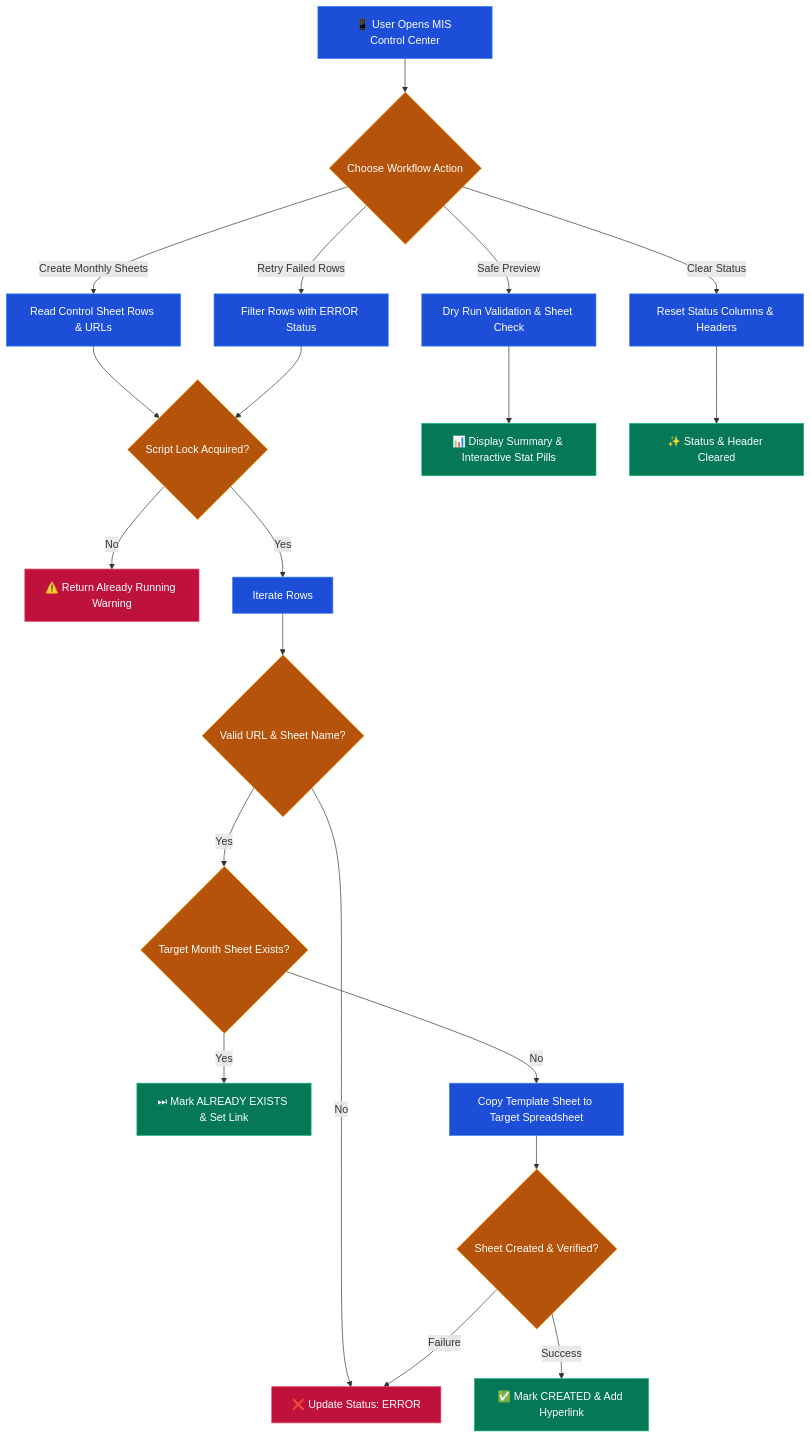
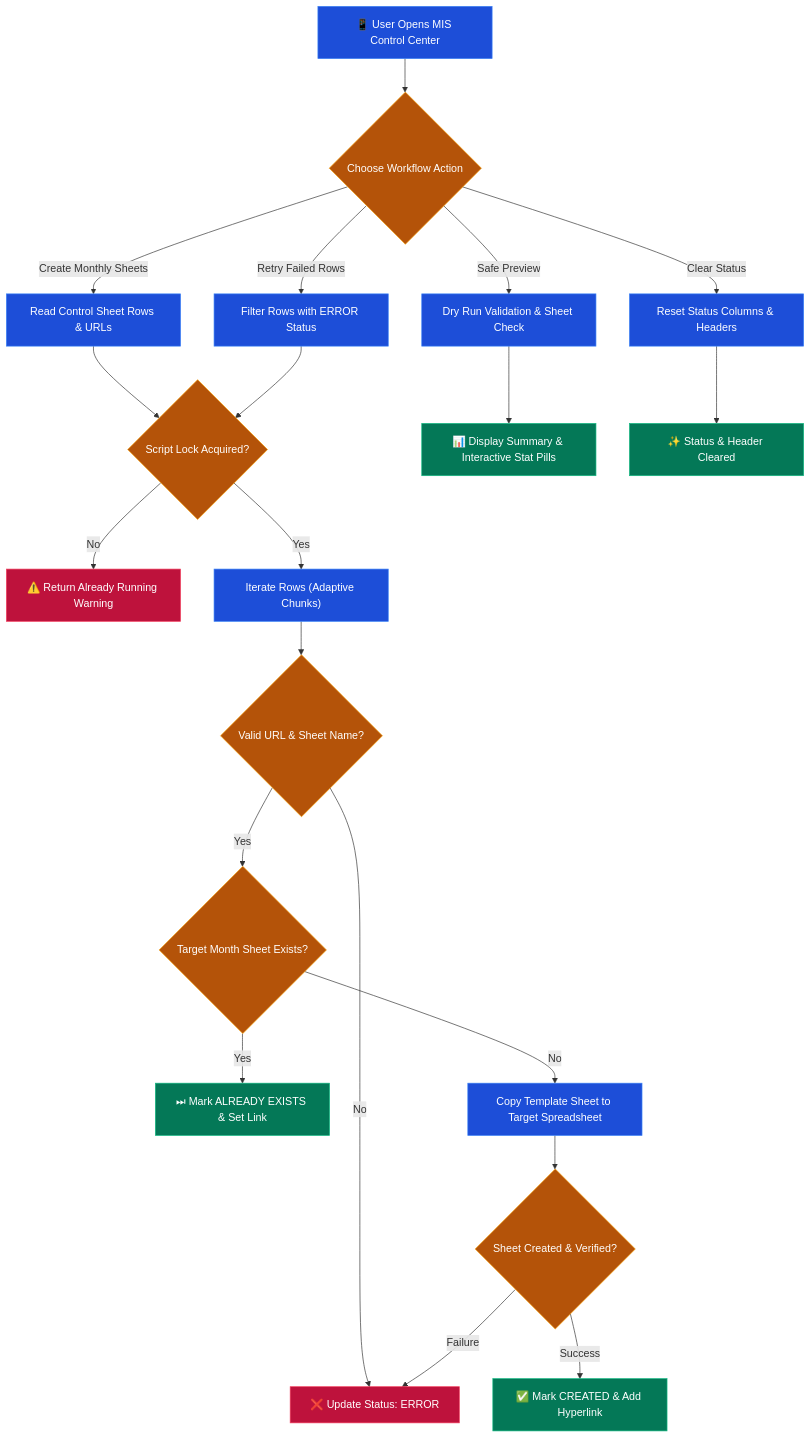
The diagram in README.md (kaileyventures/monthly-sheet-manager), drawn with Mermaid before and after one commit. The commit also changed other lines of this file and 9 other files, not shown here.

Commit message:
feat: integrate graphify visualization output and project documentation support

````diff
--- a/README.md
+++ b/README.md
@@ -19,63 +19,63 @@
 ```mermaid
 flowchart TD
     Start["📱 User Opens MIS Control Center"]
     Trigger{"Choose Workflow Action"}
 
     FetchData["Read Control Sheet Rows & URLs"]
     DryRun["Dry Run Validation & Sheet Check"]
     FilterError["Filter Rows with ERROR Status"]
     ClearLogs["Reset Status Columns & Headers"]
 
     LockCheck{"Script Lock Acquired?"}
     BusyWarn["⚠️ Return Already Running Warning"]
-    LoopRows["Iterate Rows"]
+    LoopRows["Iterate Rows (Adaptive Chunks)"]
 
     ValCheck{"Valid URL & Sheet Name?"}
     MarkErr["❌ Update Status: ERROR"]
     TargetCheck{"Target Month Sheet Exists?"}
 
     ExistLink["⏭ Mark ALREADY EXISTS & Set Link"]
     CopySheet["Copy Template Sheet to Target Spreadsheet"]
 
     VerifySheet{"Sheet Created & Verified?"}
     MarkCreated["✅ Mark CREATED & Add Hyperlink"]
     DisplayPreview["📊 Display Summary & Interactive Stat Pills"]
     StatusReset["✨ Status & Header Cleared"]
 
     Start --> Trigger
     Trigger -->|"Create Monthly Sheets"| FetchData
     Trigger -->|"Safe Preview"| DryRun
     Trigger -->|"Retry Failed Rows"| FilterError
     Trigger -->|"Clear Status"| ClearLogs
 
     FetchData --> LockCheck
     FilterError --> LockCheck
 
     LockCheck -->|"No"| BusyWarn
     LockCheck -->|"Yes"| LoopRows
 
     LoopRows --> ValCheck
     ValCheck -->|"No"| MarkErr
     ValCheck -->|"Yes"| TargetCheck
 
     TargetCheck -->|"Yes"| ExistLink
     TargetCheck -->|"No"| CopySheet
 
     CopySheet --> VerifySheet
     VerifySheet -->|"Success"| MarkCreated
     VerifySheet -->|"Failure"| MarkErr
 
     DryRun --> DisplayPreview
     ClearLogs --> StatusReset
 
     classDef default fill:#1f2937,stroke:#374151,color:#f3f4f6;
     classDef primary fill:#1d4ed8,stroke:#3b82f6,color:#ffffff;
     classDef success fill:#047857,stroke:#10b981,color:#ffffff;
     classDef warning fill:#b45309,stroke:#f59e0b,color:#ffffff;
     classDef danger fill:#be123c,stroke:#f43f5e,color:#ffffff;
 
     class Start,FetchData,DryRun,FilterError,ClearLogs,LoopRows,CopySheet primary;
     class ExistLink,MarkCreated,DisplayPreview,StatusReset success;
     class Trigger,LockCheck,ValCheck,TargetCheck,VerifySheet warning;
     class BusyWarn,MarkErr danger;
 ```
````
